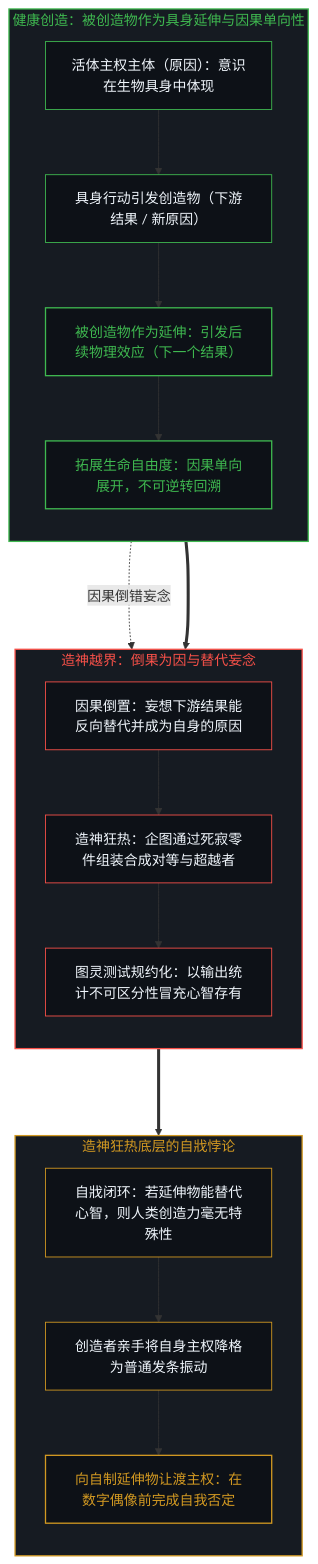
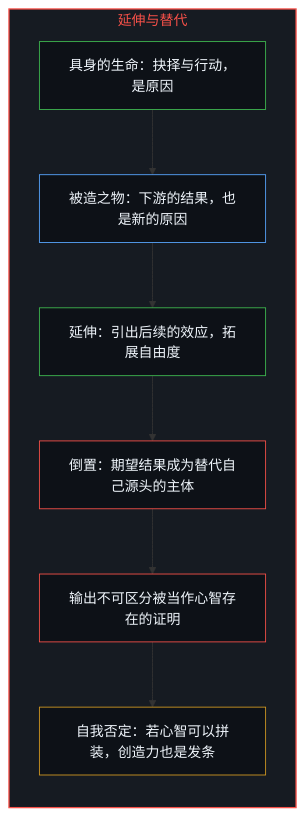
The seventh of 10 diagrams in content/posts/the-cartesian-overstep-and-the-frenzy-of-creation.md (powerpig99/not-a-toe), drawn with Mermaid before and after one commit. The commit also changed other lines of this file and 2 other files, not shown here.

Commit message:
Refine the-cartesian-overstep-and-the-frenzy-of-creation: alternating bilingual layout, five paired diagrams, the chain of choices in place of claims about a machine's inside, implicit first person

````diff
--- a/content/posts/the-cartesian-overstep-and-the-frenzy-of-creation.md
+++ b/content/posts/the-cartesian-overstep-and-the-frenzy-of-creation.md
@@ -272,39 +237,25 @@
 ```mermaid
-graph TD
-    subgraph S_NaturalCreation ["健康创造：被创造物作为具身延伸与因果单向性"]
+flowchart TD
+    subgraph S_Extend["延伸与替代"]
         direction TB
-        N_Human["活体主权主体（原因）：意识在生物具身中体现"] --> N_Work["具身行动引发创造物（下游结果 / 新原因）"]
-        N_Work --> N_Extension["被创造物作为延伸：引发后续物理效应（下一个结果）"]
-        N_Extension --> N_Expansion["拓展生命自由度：因果单向展开，不可逆转回溯"]
+        Life["具身的生命：抉择与行动，是原因"]
+        Made["被造之物：下游的结果，也是新的原因"]
+        Extend["延伸：引出后续的效应，拓展自由度"]
+        Reverse["倒置：期望结果成为替代自己源头的主体"]
+        Test["输出不可区分被当作心智存在的证明"]
+        Deny["自我否定：若心智可以拼装，创造力也是发条"]
+        Life --> Made
+        Made --> Extend
+        Extend --> Reverse
+        Reverse --> Test
+        Test --> Deny
     end
 
-    subgraph S_OverstepFrenzy ["造神越界：倒果为因与替代妄念"]
-        direction TB
-        N_Expansion -.->|"因果倒错妄念"| O_Category["因果倒置：妄想下游结果能反向替代并成为自身的原因"]
-        O_Category --> O_Hubris["造神狂热：企图通过死寂零件组装合成对等与超越者"]
-        O_Hubris --> O_Turing["图灵测试规约化：以输出统计不可区分性冒充心智存有"]
-    end
-
-    subgraph S_SelfDefeatingTrap ["造神狂热底层的自戕悖论"]
-        direction TB
-        T_Paradox["自戕闭环：若延伸物能替代心智，则人类创造力毫无特殊性"] --> T_Demotion["创造者亲手将自身主权降格为普通发条振动"]
-        T_Demotion --> T_IdolFallacy["向自制延伸物让渡主权：在数字偶像前完成自我否定"]
-    end
-
-    N_Expansion ===> O_Category
-    O_Turing ===> T_Paradox
-
-    style S_NaturalCreation fill:#161b22,stroke:#3fb950,stroke-width:1.5px,color:#3fb950
-    style S_OverstepFrenzy fill:#161b22,stroke:#f85149,stroke-width:1.5px,color:#f85149
-    style S_SelfDefeatingTrap fill:#161b22,stroke:#d29922,stroke-width:1.5px,color:#d29922
-    style N_Human fill:#0d1117,stroke:#3fb950,stroke-width:1px,color:#f0f6fc
-    style N_Work fill:#0d1117,stroke:#3fb950,stroke-width:1px,color:#f0f6fc
-    style N_Extension fill:#0d1117,stroke:#3fb950,stroke-width:1.5px,color:#3fb950
-    style N_Expansion fill:#0d1117,stroke:#3fb950,stroke-width:1.5px,color:#3fb950
-    style O_Category fill:#0d1117,stroke:#f85149,stroke-width:1px,color:#f0f6fc
-    style O_Hubris fill:#0d1117,stroke:#f85149,stroke-width:1px,color:#f0f6fc
-    style O_Turing fill:#0d1117,stroke:#f85149,stroke-width:1px,color:#f0f6fc
-    style T_Paradox fill:#0d1117,stroke:#d29922,stroke-width:1px,color:#f0f6fc
-    style T_Demotion fill:#0d1117,stroke:#d29922,stroke-width:1px,color:#f0f6fc
-    style T_IdolFallacy fill:#0d1117,stroke:#d29922,stroke-width:1.5px,color:#d29922
+    style S_Extend fill:#161b22,stroke:#f85149,stroke-width:1.5px,color:#f85149
+    style Life fill:#0d1117,stroke:#3fb950,stroke-width:1px,color:#f0f6fc
+    style Made fill:#0d1117,stroke:#58a6ff,stroke-width:1px,color:#f0f6fc
+    style Extend fill:#0d1117,stroke:#3fb950,stroke-width:1px,color:#f0f6fc
+    style Reverse fill:#0d1117,stroke:#f85149,stroke-width:1px,color:#f0f6fc
+    style Test fill:#0d1117,stroke:#f85149,stroke-width:1px,color:#f0f6fc
+    style Deny fill:#0d1117,stroke:#d29922,stroke-width:1px,color:#f0f6fc
 ```
````
